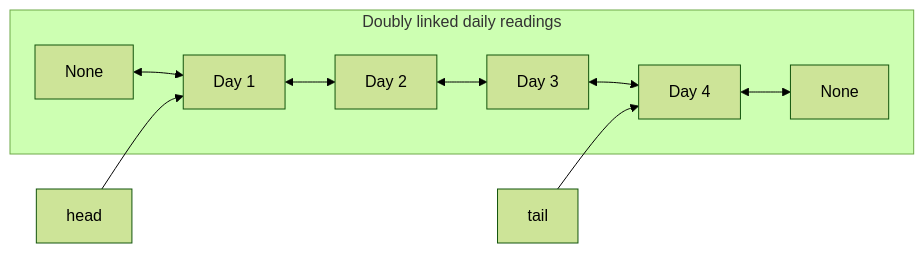
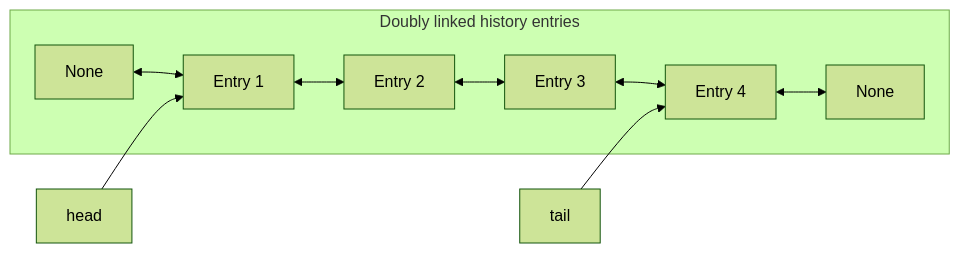
Before and after one commit to qgjones9/python-programming-guide: the first of 10 diagrams in docs/dsa/data-structures/doubly-linked-list/index.md, drawn with Mermaid (forest theme). The commit also changed other lines of this file and 31 other files, not shown here.

````diff
--- a/docs/dsa/data-structures/doubly-linked-list/index.md
+++ b/docs/dsa/data-structures/doubly-linked-list/index.md
@@ -26,12 +26,12 @@
 ```mermaid
 flowchart LR
-  subgraph dll["Doubly linked daily readings"]
-    NIL1["None"] <--> H["Day 1"]
-    H <--> N2["Day 2"]
-    N2 <--> N3["Day 3"]
-    N3 <--> T["Day 4"]
+  subgraph dll["Doubly linked history entries"]
+    NIL1["None"] <--> H["Entry 1"]
+    H <--> N2["Entry 2"]
+    N2 <--> N3["Entry 3"]
+    N3 <--> T["Entry 4"]
     T <--> NIL2["None"]
   end
   head["head"] --> H
   tail["tail"] --> T
 ```
````
